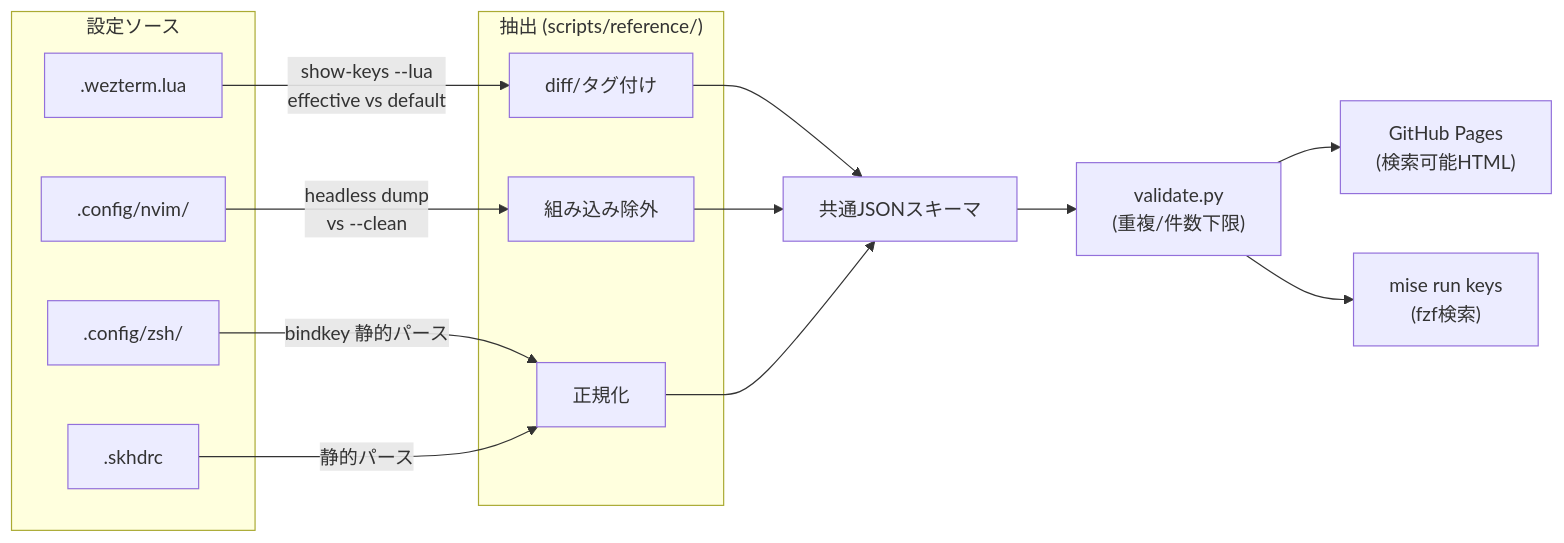
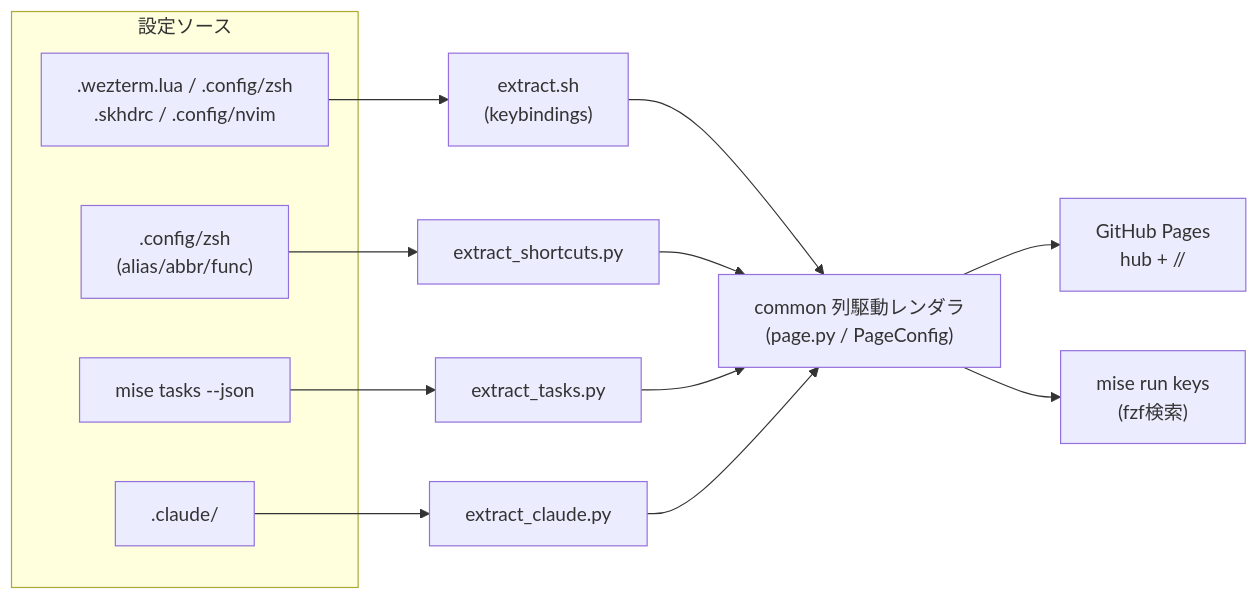
One commit to bigdra50/dotfiles changed the eighth of 8 diagrams in docs/architecture.md. Above: the diagram before and after it, drawn with Mermaid. The commit also changed other lines of this file and 4 other files, not shown here.

````diff
--- a/docs/architecture.md
+++ b/docs/architecture.md
@@ -234,21 +234,18 @@
 ```mermaid
 flowchart LR
     subgraph sources["設定ソース"]
-        wez[".wezterm.lua"]
-        nvim[".config/nvim/"]
-        zsh[".config/zsh/"]
-        skhd[".skhdrc"]
+        kb[".wezterm.lua / .config/zsh<br/>.skhdrc / .config/nvim"]
+        sc[".config/zsh<br/>(alias/abbr/func)"]
+        tk["mise tasks --json"]
+        cl[".claude/"]
     end
 
-    subgraph extract["抽出 (scripts/reference/)"]
-        wez -->|"show-keys --lua<br/>effective vs default"| diff1["diff/タグ付け"]
-        nvim -->|"headless dump<br/>vs --clean"| diff2["組み込み除外"]
-        zsh -->|"bindkey 静的パース"| norm["正規化"]
-        skhd -->|"静的パース"| norm
-    end
+    kb --> ekb["extract.sh<br/>(keybindings)"]
+    sc --> esc["extract_shortcuts.py"]
+    tk --> etk["extract_tasks.py"]
+    cl --> ecl["extract_claude.py"]
 
-    diff1 & diff2 & norm --> json["共通JSONスキーマ"]
-    json --> validate["validate.py<br/>(重複/件数下限)"]
-    validate --> pages["GitHub Pages<br/>(検索可能HTML)"]
-    validate --> fzf["mise run keys<br/>(fzf検索)"]
+    ekb & esc & etk & ecl --> render["common 列駆動レンダラ<br/>(page.py / PageConfig)"]
+    render --> pages["GitHub Pages<br/>hub + /<domain>/"]
+    render --> fzf["mise run keys<br/>(fzf検索)"]
 ```
````
